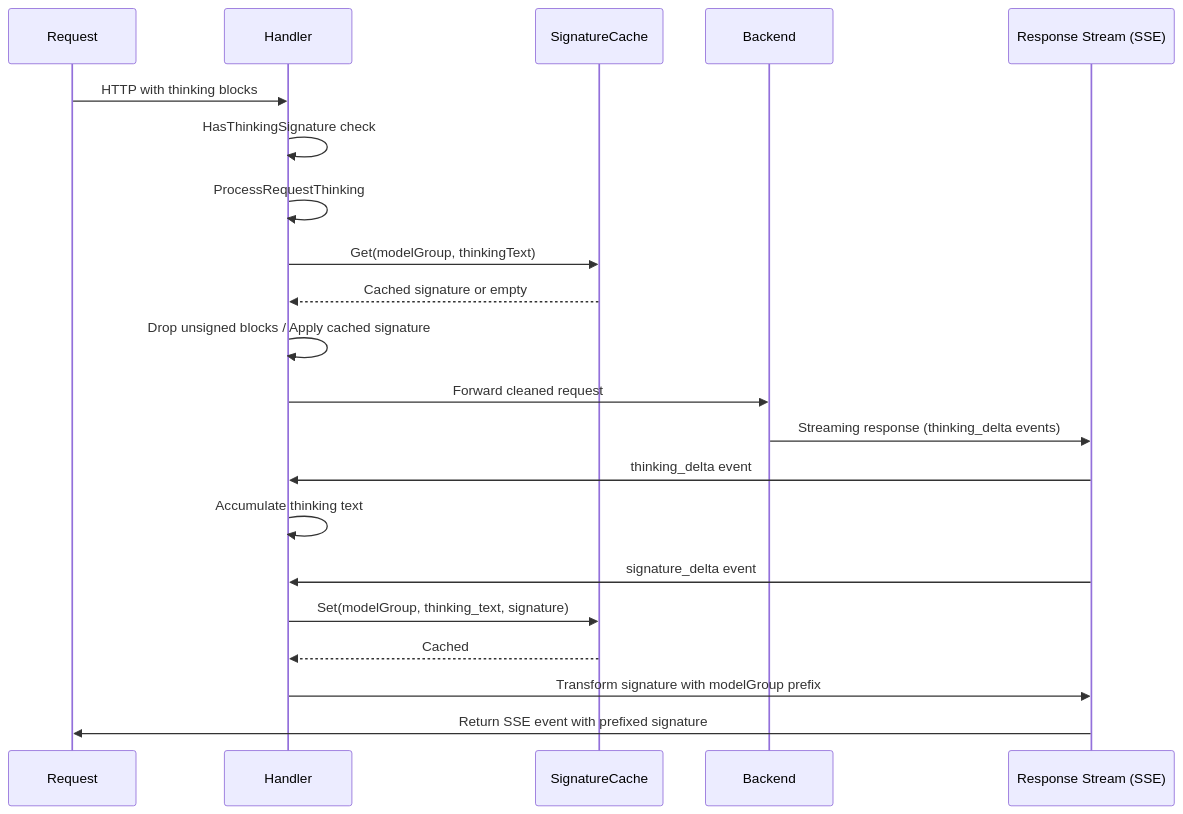
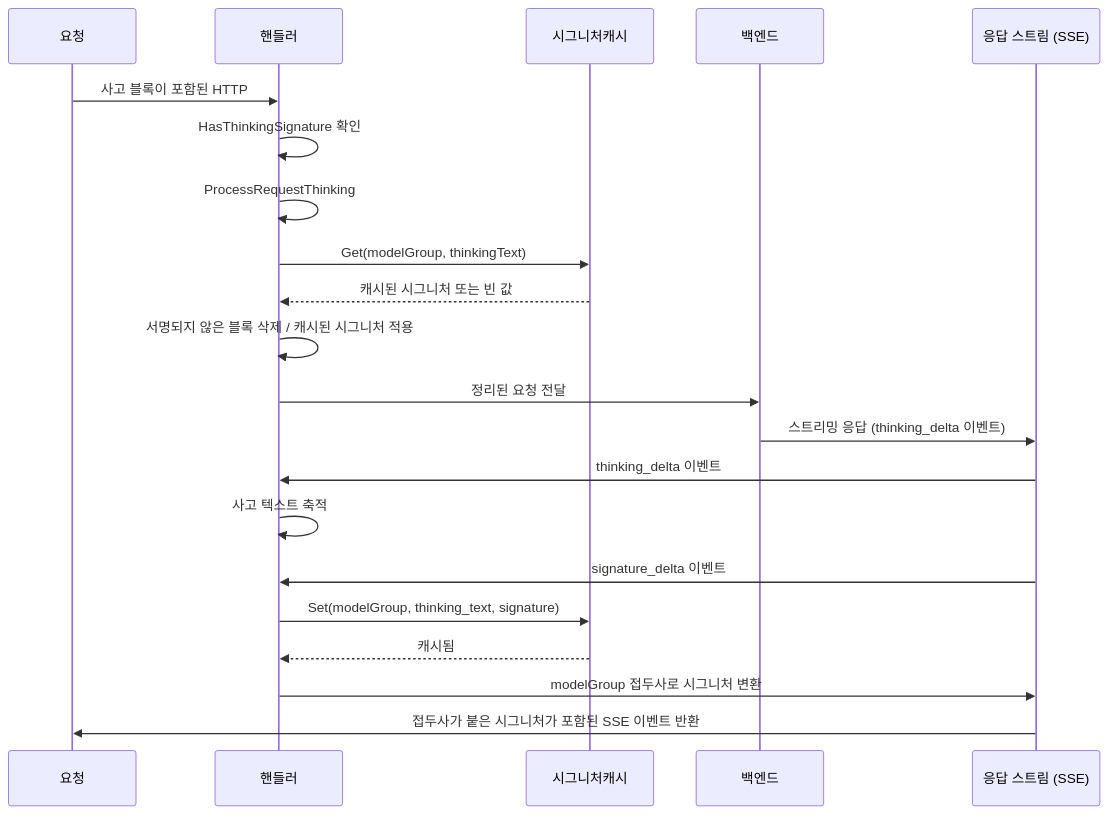
Before and after one commit to omarluq/cc-relay: the third of 5 diagrams in docs-site/content/ko/docs/architecture.md, drawn with Mermaid. The commit also changed other lines of this file and 4 other files, not shown here.

First line of the commit message:
docs: translate architecture.md to all supported languages

````diff
--- a/docs-site/content/ko/docs/architecture.md
+++ b/docs-site/content/ko/docs/architecture.md
@@ -173,25 +173,25 @@
 ```mermaid
 sequenceDiagram
-    participant Request
-    participant Handler
-    participant SignatureCache
-    participant Backend
-    participant ResponseStream as Response Stream (SSE)
+    participant Request as 요청
+    participant Handler as 핸들러
+    participant SignatureCache as 시그니처캐시
+    participant Backend as 백엔드
+    participant ResponseStream as 응답 스트림 (SSE)
 
-    Request->>Handler: HTTP with thinking blocks
-    Handler->>Handler: HasThinkingSignature check
+    Request->>Handler: 사고 블록이 포함된 HTTP
+    Handler->>Handler: HasThinkingSignature 확인
     Handler->>Handler: ProcessRequestThinking
     Handler->>SignatureCache: Get(modelGroup, thinkingText)
-    SignatureCache-->>Handler: Cached signature or empty
-    Handler->>Handler: Drop unsigned blocks / Apply cached signature
-    Handler->>Backend: Forward cleaned request
+    SignatureCache-->>Handler: 캐시된 시그니처 또는 빈 값
+    Handler->>Handler: 서명되지 않은 블록 삭제 / 캐시된 시그니처 적용
+    Handler->>Backend: 정리된 요청 전달
 
-    Backend->>ResponseStream: Streaming response (thinking_delta events)
-    ResponseStream->>Handler: thinking_delta event
-    Handler->>Handler: Accumulate thinking text
-    ResponseStream->>Handler: signature_delta event
+    Backend->>ResponseStream: 스트리밍 응답 (thinking_delta 이벤트)
+    ResponseStream->>Handler: thinking_delta 이벤트
+    Handler->>Handler: 사고 텍스트 축적
+    ResponseStream->>Handler: signature_delta 이벤트
     Handler->>SignatureCache: Set(modelGroup, thinking_text, signature)
-    SignatureCache-->>Handler: Cached
-    Handler->>ResponseStream: Transform signature with modelGroup prefix
-    ResponseStream->>Request: Return SSE event with prefixed signature
+    SignatureCache-->>Handler: 캐시됨
+    Handler->>ResponseStream: modelGroup 접두사로 시그니처 변환
+    ResponseStream->>Request: 접두사가 붙은 시그니처가 포함된 SSE 이벤트 반환
 ```
````
